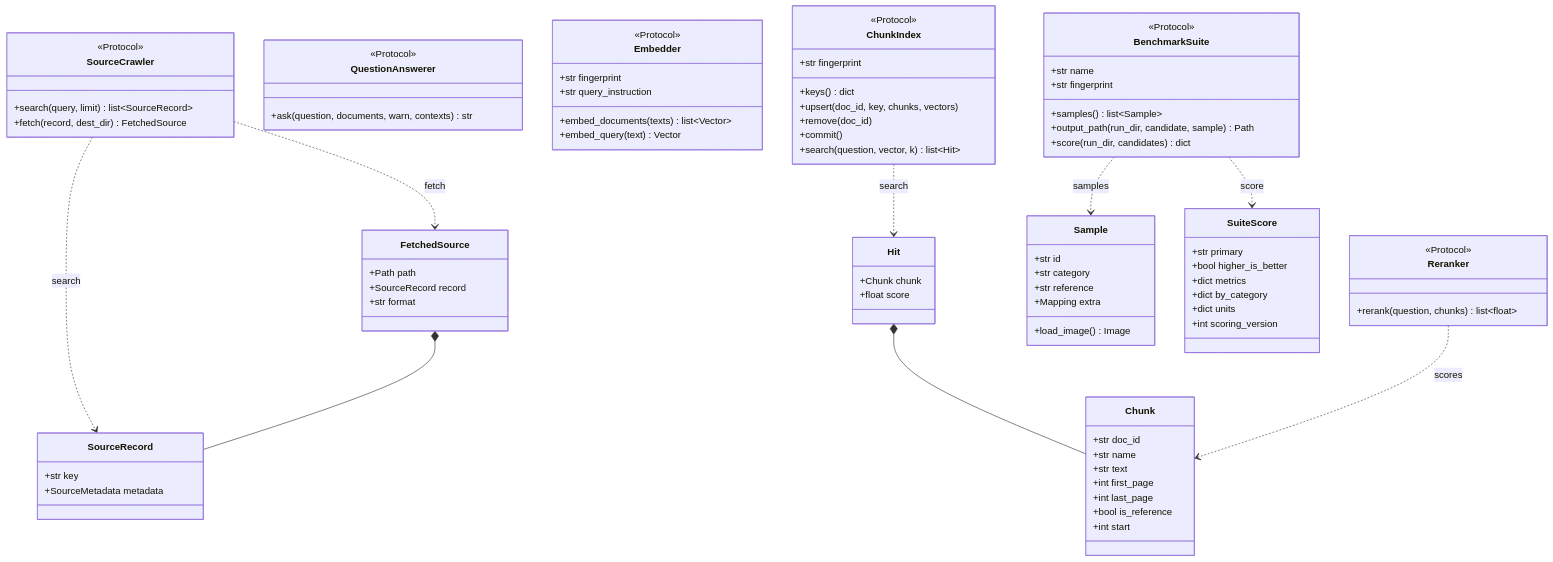
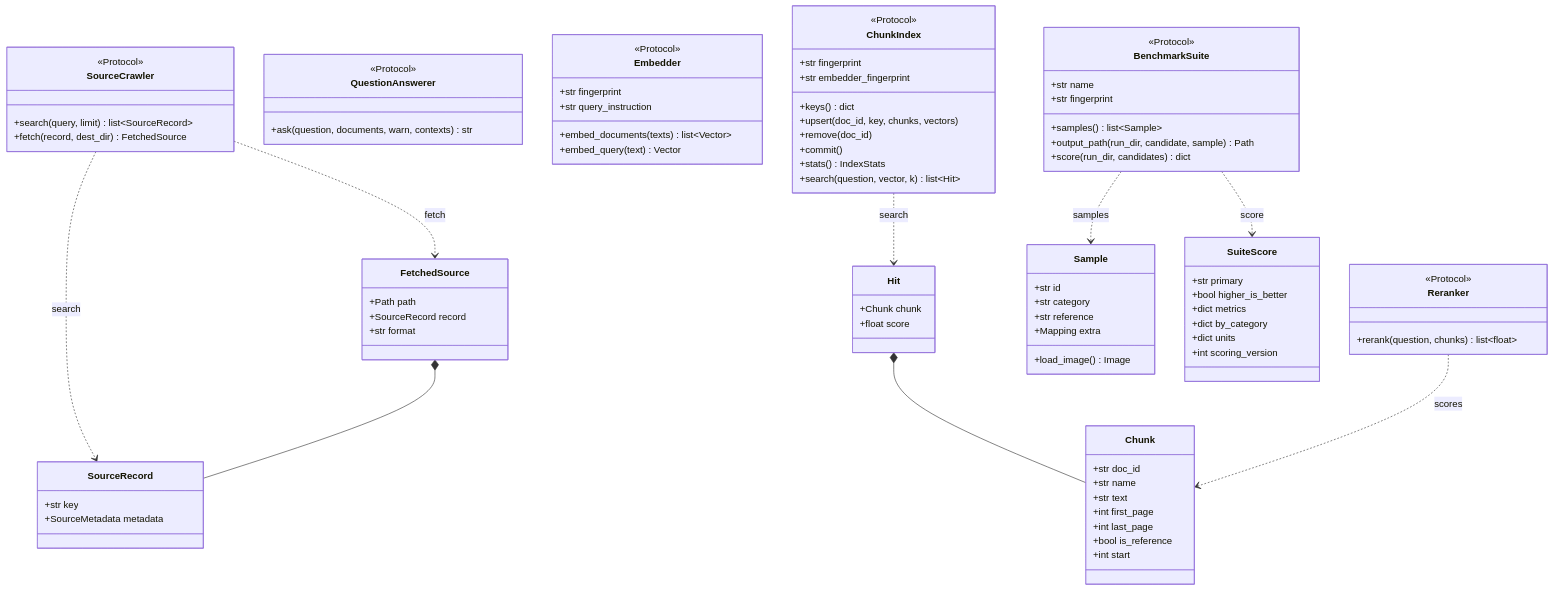
The fifth of 18 diagrams in packages/docingest/docs/architecture.md (etxsA/doc-ingest), drawn with Mermaid before and after one commit. The commit also changed 9 other files, not shown here.

First line of the commit message:
feat(ports): ChunkIndex.stats and embedder_fingerprint

```diff
--- a/packages/docingest/docs/architecture.md
+++ b/packages/docingest/docs/architecture.md
@@ -336,10 +336,12 @@
     class ChunkIndex {
         <<Protocol>>
         +str fingerprint
+        +str embedder_fingerprint
         +keys() dict
         +upsert(doc_id, key, chunks, vectors)
         +remove(doc_id)
         +commit()
+        +stats() IndexStats
         +search(question, vector, k) list~Hit~
     }
     class Reranker {
```
